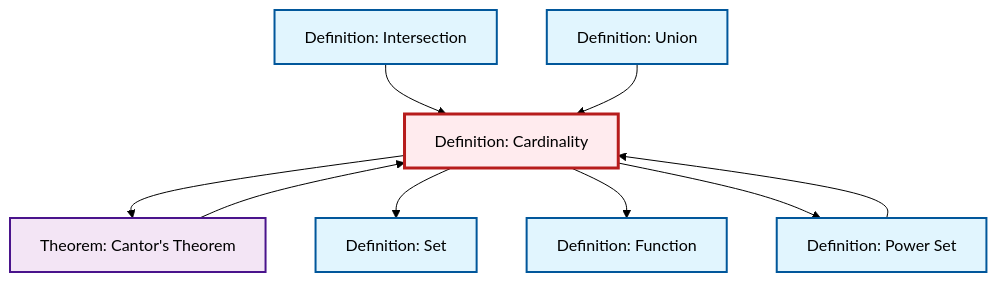
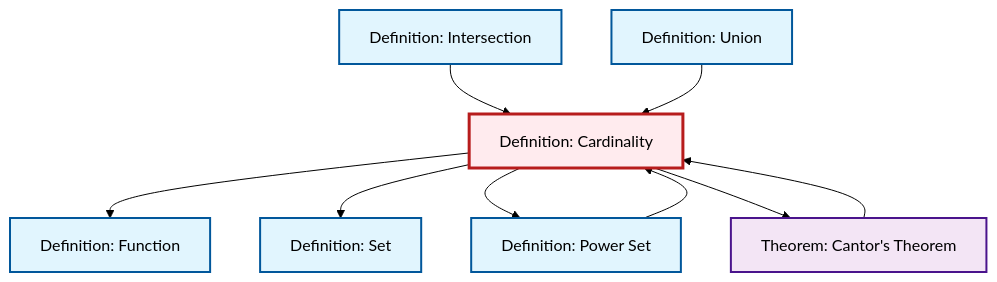
One commit to RK0429/ModernMath changed the diagram in content/en/logic-set-theory/def-cardinality.qmd. Above: the diagram before and after it, drawn with Mermaid (forest theme). The commit also changed other lines of this file and 1012 other files, not shown here.

````diff
--- a/content/en/logic-set-theory/def-cardinality.qmd
+++ b/content/en/logic-set-theory/def-cardinality.qmd
@@ -85,31 +85,31 @@
 ```{mermaid}
 %%| fig-cap: "Local dependency graph"
 graph TD
     classDef definition fill:#e1f5fe,stroke:#01579b,stroke-width:2px
     classDef theorem fill:#f3e5f5,stroke:#4a148c,stroke-width:2px
     classDef axiom fill:#fff3e0,stroke:#e65100,stroke-width:2px
     classDef example fill:#e8f5e9,stroke:#1b5e20,stroke-width:2px
     classDef current fill:#ffebee,stroke:#b71c1c,stroke-width:3px
     def-union["Definition: Union"]:::definition
     def-set["Definition: Set"]:::definition
+    def-intersection["Definition: Intersection"]:::definition
     def-function["Definition: Function"]:::definition
     def-cardinality["Definition: Cardinality"]:::definition
     thm-cantor["Theorem: Cantor's Theorem"]:::theorem
-    def-intersection["Definition: Intersection"]:::definition
     def-power-set["Definition: Power Set"]:::definition
-    thm-cantor --> def-cardinality
+    def-cardinality --> def-function
     def-power-set --> def-cardinality
     def-intersection --> def-cardinality
     def-union --> def-cardinality
+    def-cardinality --> def-set
+    def-cardinality --> def-power-set
     def-cardinality --> thm-cantor
-    def-cardinality --> def-set
-    def-cardinality --> def-function
-    def-cardinality --> def-power-set
+    thm-cantor --> def-cardinality
     class def-cardinality current
     click def-union "def-union.html" "Go to Union definition"
     click def-set "def-set.html" "Go to Set definition"
+    click def-intersection "def-intersection.html" "Go to Intersection definition"
     click def-function "def-function.html" "Go to Function definition"
     click thm-cantor "thm-cantor.html" "Go to Cantor's Theorem theorem"
-    click def-intersection "def-intersection.html" "Go to Intersection definition"
     click def-power-set "def-power-set.html" "Go to Power Set definition"
 ```
````
